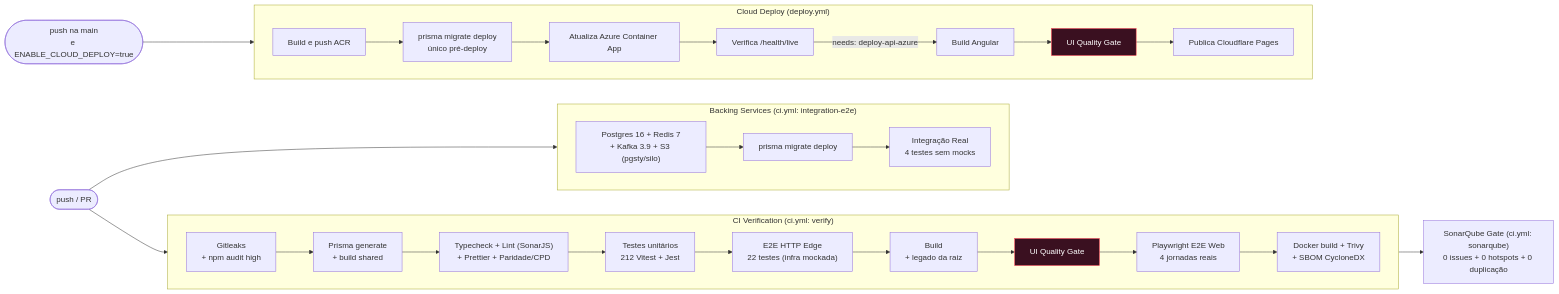
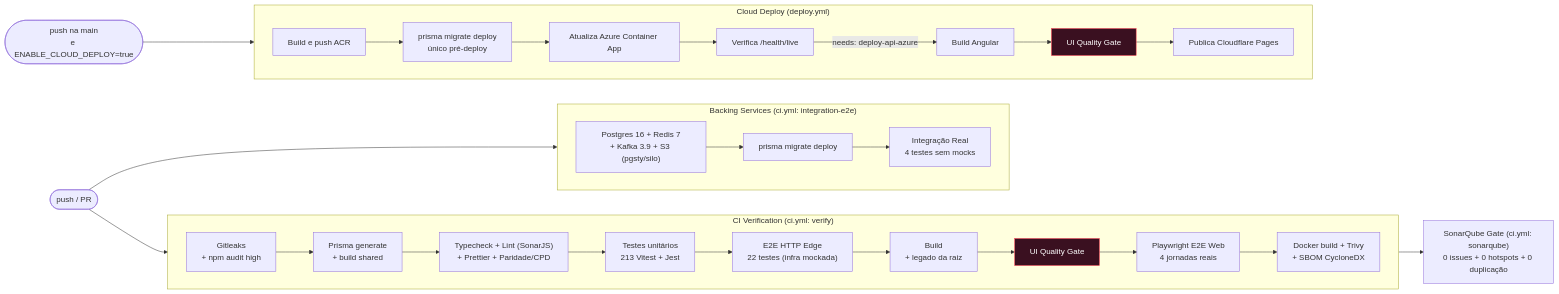
The eighth of 12 diagrams in README.md (Digooow/pokedex-frontend), drawn with Mermaid before and after one commit. The commit also changed other lines of this file and 36 other files, not shown here.

````diff
--- a/README.md
+++ b/README.md
@@ -494,34 +494,34 @@
 ```mermaid
 flowchart LR
   push(["push / PR"]) --> v
   push --> integ
 
   subgraph v["CI Verification (ci.yml: verify)"]
     direction LR
     s0["Gitleaks<br/>+ npm audit high"] --> s1["Prisma generate<br/>+ build shared"] --> s2["Typecheck + Lint (SonarJS)<br/>+ Prettier + Paridade/CPD"]
-    s2 --> s4["Testes unitários<br/>212 Vitest + Jest"]
+    s2 --> s4["Testes unitários<br/>213 Vitest + Jest"]
     s4 --> s5["E2E HTTP Edge<br/>22 testes (infra mockada)"]
     s5 --> s6["Build<br/>+ legado da raiz"]
     s6 --> s7["UI Quality Gate"]
     s7 --> s7b["Playwright E2E Web<br/>4 jornadas reais"]
     s7b --> s8["Docker build + Trivy<br/>+ SBOM CycloneDX"]
   end
 
   v --> sq["SonarQube Gate (ci.yml: sonarqube)<br/>0 issues + 0 hotspots + 0 duplicação"]
 
   subgraph integ["Backing Services (ci.yml: integration-e2e)"]
     direction LR
     i1["Postgres 16 + Redis 7<br/>+ Kafka 3.9 + S3 (pgsty/silo)"] --> i2["prisma migrate deploy"] --> i3["Integração Real<br/>4 testes sem mocks"]
   end
 
   push2(["push na main<br/>e ENABLE_CLOUD_DEPLOY=true"]) --> d
 
   subgraph d["Cloud Deploy (deploy.yml)"]
     direction LR
     a1["Build e push ACR"] --> a1b["prisma migrate deploy<br/>único pré-deploy"] --> a2["Atualiza Azure Container App"] --> a3["Verifica /health/live"]
     a3 -->|"needs: deploy-api-azure"| b1["Build Angular"] --> b2["UI Quality Gate"] --> b3["Publica Cloudflare Pages"]
   end
 
   classDef gate fill:#3a1020,stroke:#ff3b4e,color:#fff
   class s7,b2 gate
 ```
````
